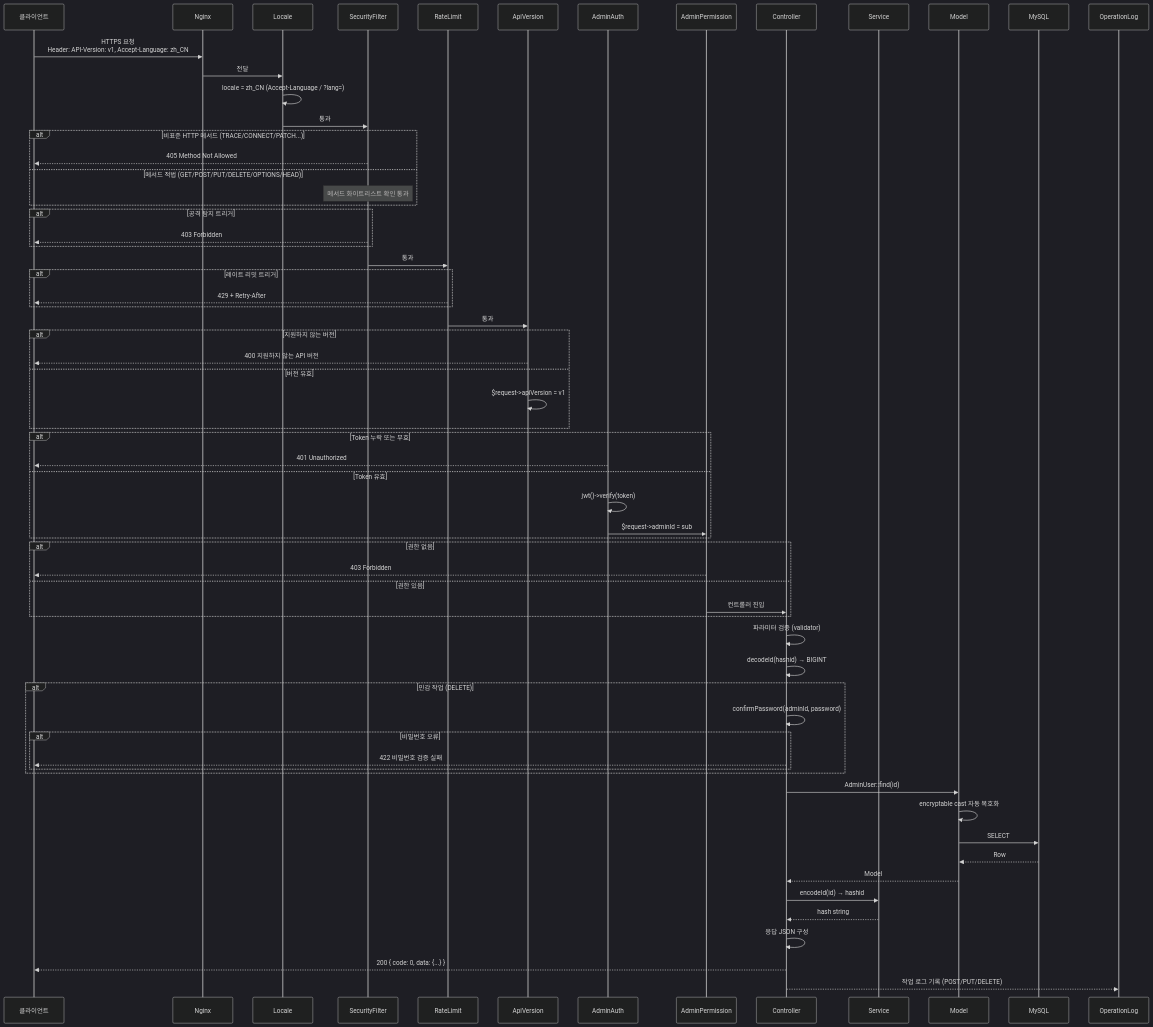
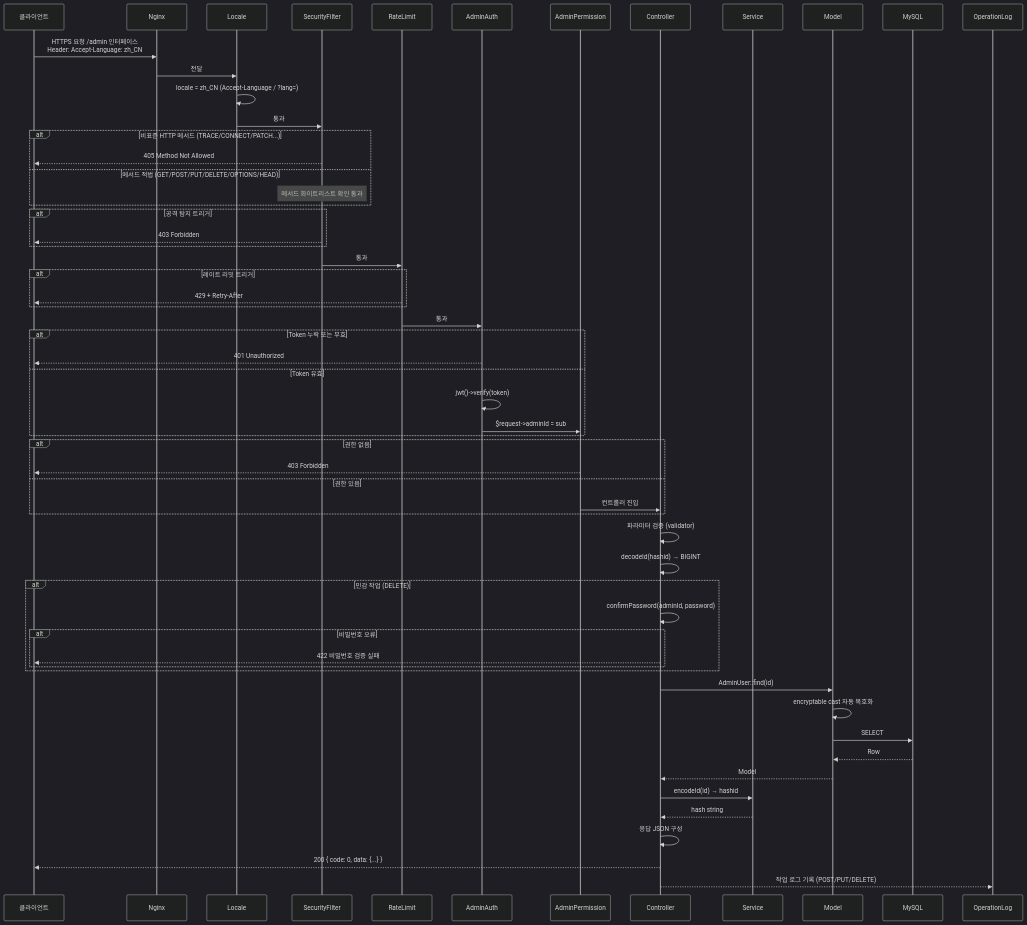
One commit to erikwang2013/open-admin changed the third of 14 diagrams in docs/ARCHITECTURE.ko.md. Above: the diagram before and after it, drawn with Mermaid (dark theme). The commit also changed other lines of this file and 115 other files, not shown here.

First line of the commit message:
功能：新增项目宠物「小安」、站点首页与手写 SVG 设计图集；全部文档对齐代码

````diff
--- a/docs/ARCHITECTURE.ko.md
+++ b/docs/ARCHITECTURE.ko.md
@@ -147,82 +144,75 @@
 ```mermaid
 sequenceDiagram
     participant C as 클라이언트
     participant N as Nginx
     participant MW_LOC as Locale
     participant MW_SF as SecurityFilter
     participant MW_RL as RateLimit
-    participant MW0 as ApiVersion
     participant MW1 as AdminAuth
     participant MW2 as AdminPermission
     participant CTL as Controller
     participant SVC as Service
     participant MDL as Model
     participant DB as MySQL
     participant OPLOG as OperationLog
 
-    C->>N: HTTPS 요청<br/>Header: API-Version: v1, Accept-Language: zh_CN
+    C->>N: HTTPS 요청 /admin 인터페이스<br/>Header: Accept-Language: zh_CN
     N->>MW_LOC: 전달
 
     MW_LOC->>MW_LOC: locale = zh_CN (Accept-Language / ?lang=)
     MW_LOC->>MW_SF: 통과
 
     alt 비표준 HTTP 메서드 (TRACE/CONNECT/PATCH...)
         MW_SF-->>C: 405 Method Not Allowed
     else 메서드 적법 (GET/POST/PUT/DELETE/OPTIONS/HEAD)
         Note over MW_SF: 메서드 화이트리스트 확인 통과
     end
 
     alt 공격 탐지 트리거
         MW_SF-->>C: 403 Forbidden
     end
 
     MW_SF->>MW_RL: 통과
 
     alt 레이트 리밋 트리거
         MW_RL-->>C: 429 + Retry-After
     end
 
-    MW_RL->>MW0: 통과
-
-    alt 지원하지 않는 버전
-        MW0-->>C: 400 지원하지 않는 API 버전
-    else 버전 유효
-        MW0->>MW0: $request->apiVersion = v1
-    end
+    MW_RL->>MW1: 통과
 
     alt Token 누락 또는 무효
         MW1-->>C: 401 Unauthorized
     else Token 유효
         MW1->>MW1: jwt()->verify(token)
         MW1->>MW2: $request->adminId = sub
     end
 
     alt 권한 없음
         MW2-->>C: 403 Forbidden
     else 권한 있음
         MW2->>CTL: 컨트롤러 진입
     end
 
     CTL->>CTL: 파라미터 검증 (validator)
     CTL->>CTL: decodeId(hashid) → BIGINT
 
     alt 민감 작업 (DELETE)
         CTL->>CTL: confirmPassword(adminId, password)
         alt 비밀번호 오류
             CTL-->>C: 422 비밀번호 검증 실패
         end
     end
 
     CTL->>MDL: AdminUser::find(id)
     MDL->>MDL: encryptable cast 자동 복호화
     MDL->>DB: SELECT
     DB-->>MDL: Row
     MDL-->>CTL: Model
 
     CTL->>SVC: encodeId(id) → hashid
     SVC-->>CTL: hash string
 
     CTL->>CTL: 응답 JSON 구성
     CTL-->>C: 200 { code: 0, data: {...} }
     CTL-->>OPLOG: 작업 로그 기록 (POST/PUT/DELETE)
 ```
````
